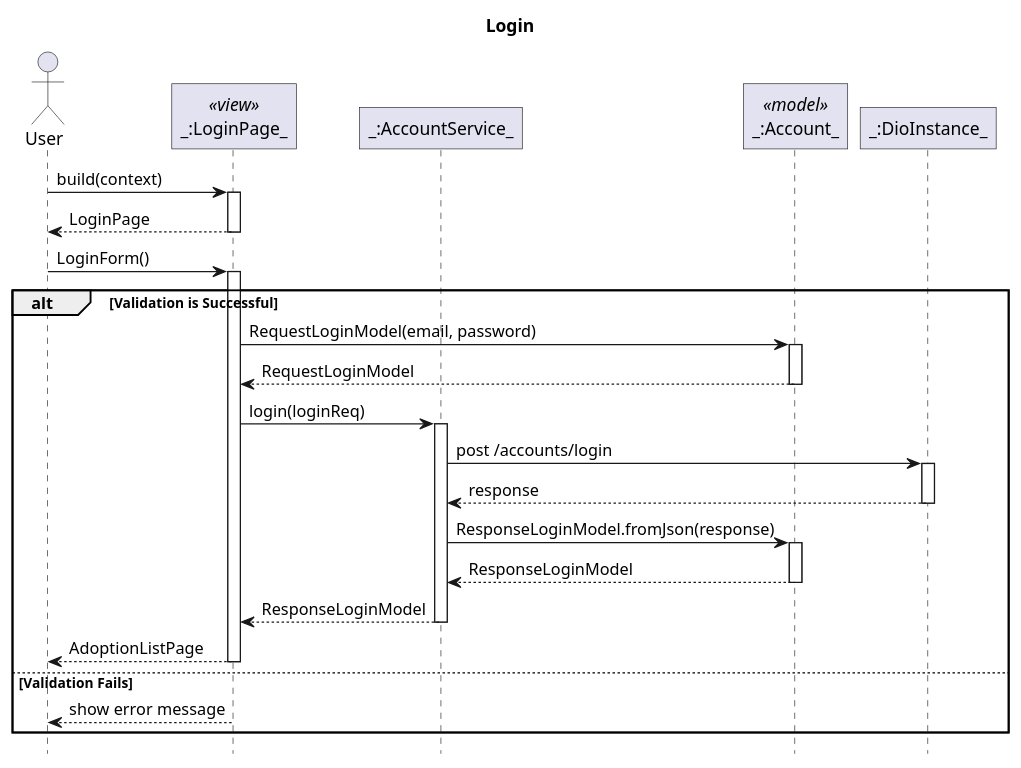
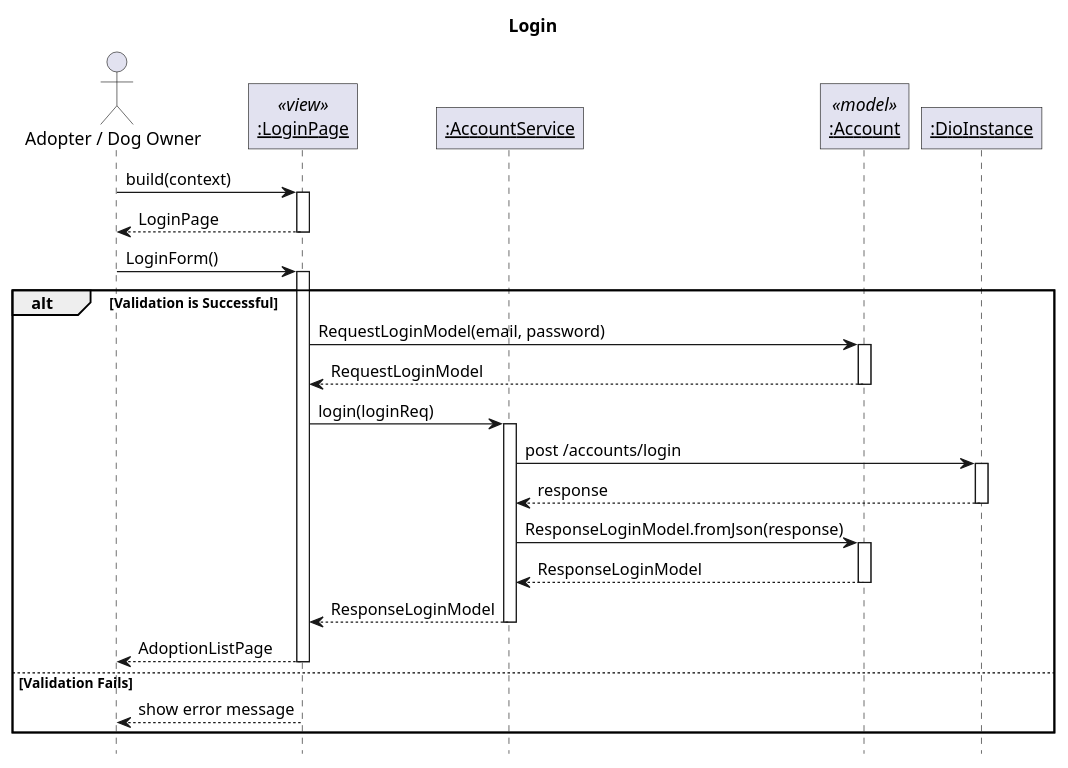
One commit to sharoncedila/FO_woofers changed the diagram in lib/plantuml/sequence/account/login.puml. Above: the diagram before and after it, drawn with PlantUML. The commit also changed 31 other files, not shown here.

Commit message:
push updated sequence plantuml

```diff
--- a/lib/plantuml/sequence/account/login.puml
+++ b/lib/plantuml/sequence/account/login.puml
@@ -1,39 +1,39 @@
 @startuml Login
 ' Global param
 title Login
 autoactivate on
 
 ' Global style configuration
 skinparam RoundCorner 0
 hide footbox
 
 ' Sequence participant configuration
-actor User
-participant "_:LoginPage_" as Page <<view>>
-participant "_:AccountService_" as Service
-participant "_:Account_" as Model <<model>>
-participant "_:DioInstance_" as Dio
+actor "Adopter / Dog Owner" as User
+participant "__:LoginPage__" as Page <<view>>
+participant "__:AccountService__" as Service
+participant "__:Account__" as Model <<model>>
+participant "__:DioInstance__" as Dio
 
 
 ' Sequence diagram
-User -> Page: build(context)
-User <-- Page: LoginPage
+User -> Page : build(context)
+User <-- Page : LoginPage
 User -> Page: LoginForm()
 alt Validation is Successful
 Page -> Model: RequestLoginModel(email, password)
 Page <-- Model: RequestLoginModel
 Page -> Service: login(loginReq)
 Service -> Dio : post /accounts/login
 Service <-- Dio : response
 Service -> Model: ResponseLoginModel.fromJson(response)
 Service <-- Model: ResponseLoginModel
 Page <-- Service: ResponseLoginModel
 User <-- Page: AdoptionListPage
 else Validation Fails
     User <-- Page: show error message
 end
 
 
 
 
 @enduml
```
